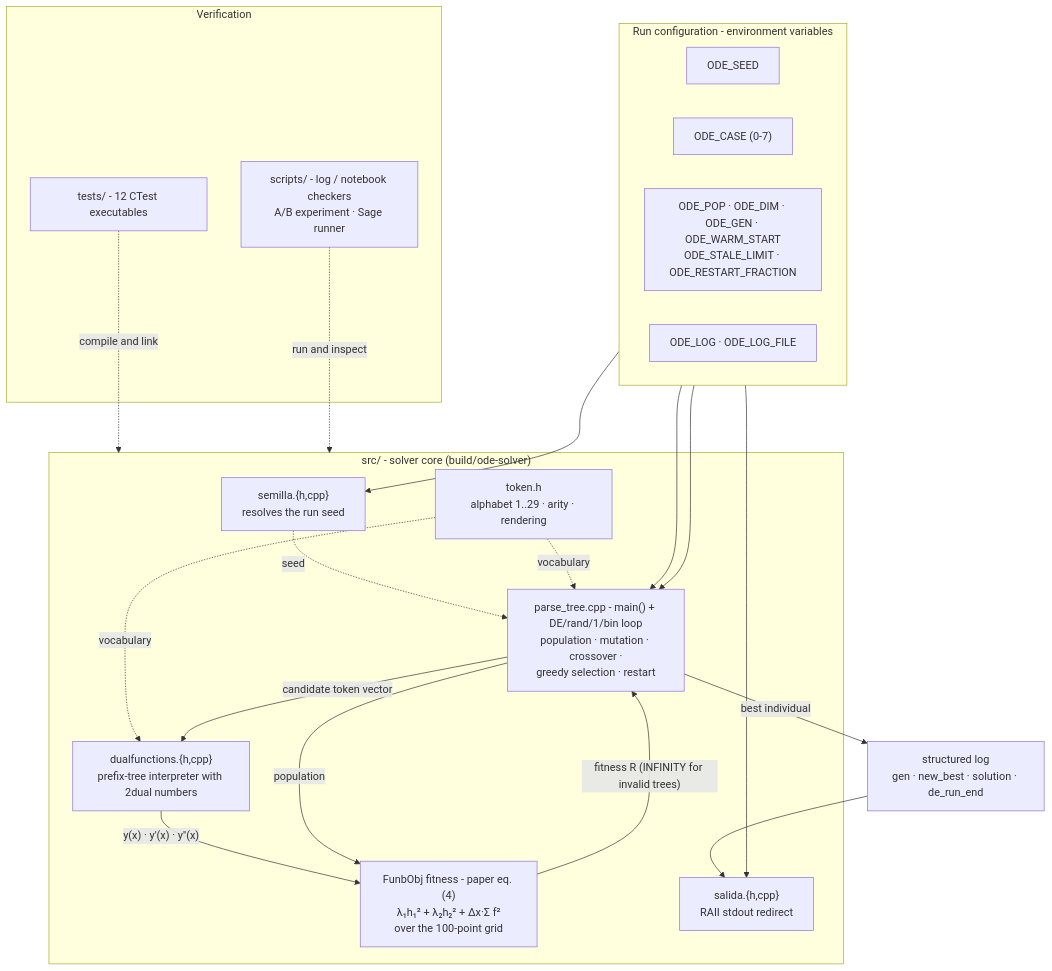
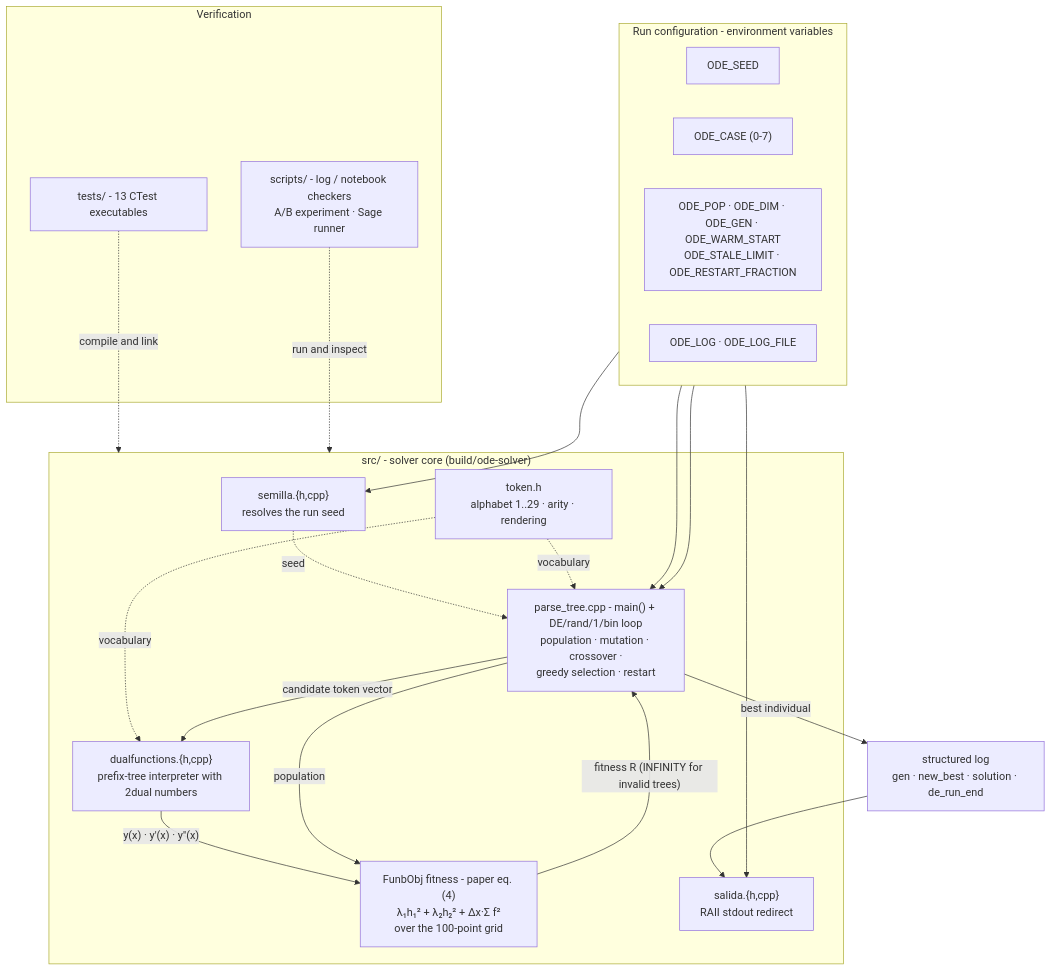
The first of 3 diagrams in README.md (Lmex89/ODE), drawn with Mermaid before and after one commit. The commit also changed other lines of this file and 5 other files, not shown here.

````diff
--- a/README.md
+++ b/README.md
@@ -18,42 +18,42 @@
 ```mermaid
 flowchart TB
     subgraph ENV["Run configuration - environment variables"]
         direction LR
         E_SEED["ODE_SEED"]
         E_CASE["ODE_CASE (0-7)"]
         E_SEARCH["ODE_POP · ODE_DIM · ODE_GEN · ODE_WARM_START<br/>ODE_STALE_LIMIT · ODE_RESTART_FRACTION"]
         E_LOG["ODE_LOG · ODE_LOG_FILE"]
     end
 
     subgraph CORE["src/ - solver core (build/ode-solver)"]
         SEMILLA["semilla.{h,cpp}<br/>resolves the run seed"]
         TOKEN["token.h<br/>alphabet 1..29 · arity · rendering"]
         DE["parse_tree.cpp - main() + DE/rand/1/bin loop<br/>population · mutation · crossover ·<br/>greedy selection · restart"]
         DUAL["dualfunctions.{h,cpp}<br/>prefix-tree interpreter with 2dual numbers"]
         FIT["FunbObj fitness - paper eq. (4)<br/>λ₁h₁² + λ₂h₂² + Δx·Σ f²<br/>over the 100-point grid"]
         SALIDA["salida.{h,cpp}<br/>RAII stdout redirect"]
     end
 
     subgraph CHECK["Verification"]
-        TESTS["tests/ - 12 CTest executables"]
+        TESTS["tests/ - 13 CTest executables"]
         SCRIPTS["scripts/ - log / notebook checkers<br/>A/B experiment · Sage runner"]
     end
 
     OUT["structured log<br/>gen · new_best · solution · de_run_end"]
 
     E_SEED --> SEMILLA
     E_CASE --> DE
     E_SEARCH --> DE
     E_LOG --> SALIDA
     SEMILLA -. seed .-> DE
     TOKEN -. vocabulary .-> DE
     TOKEN -. vocabulary .-> DUAL
     DE -- "candidate token vector" --> DUAL
     DUAL -- "y(x) · y'(x) · y''(x)" --> FIT
     DE -- "population" --> FIT
     FIT -- "fitness R (INFINITY for invalid trees)" --> DE
     DE -- "best individual" --> OUT
     OUT --> SALIDA
     TESTS -. compile and link .-> CORE
     SCRIPTS -. run and inspect .-> CORE
 ```
````
